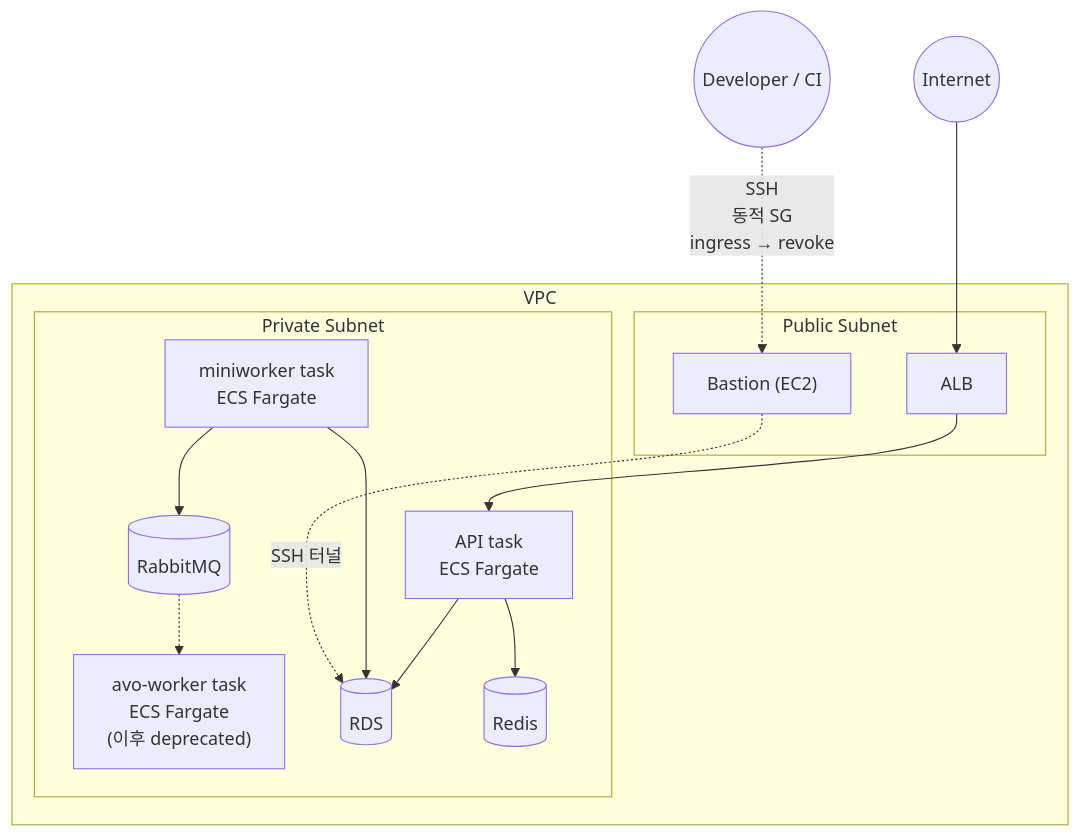
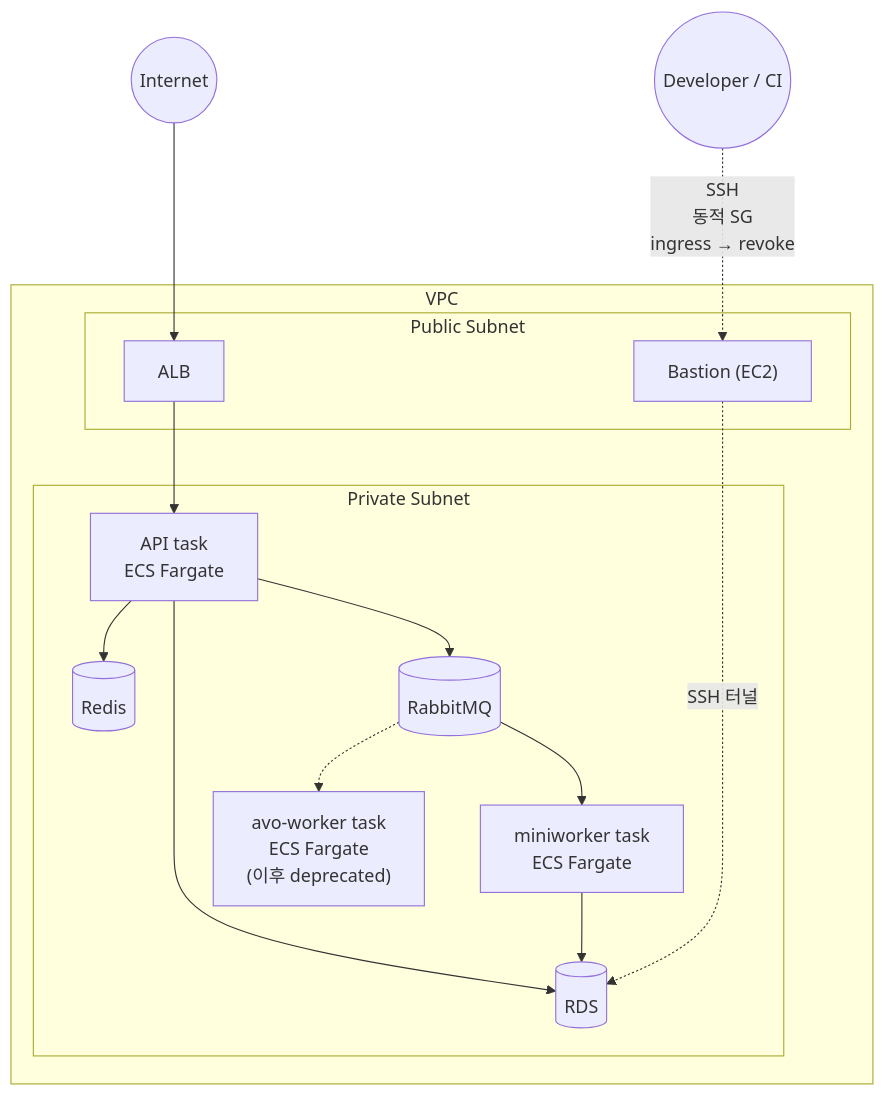
One commit to texasroh/texasroh.github.io changed the sixth of 6 diagrams in _portfolio/portfolio.md. Above: the diagram before and after it, drawn with Mermaid. The commit also changed other lines of this file, not shown here.

Commit message:
docs(portfolio): unify diagram naming and fix worker flow
- 3.2: rename "module-evaluator" → "Module Evaluator" (Title Case consistency with EHR Data Processor)
- 4.2 After: fix MQ flow direction — API → MQ → Mini / Worker (was incorrectly "Mini → MQ")

````diff
--- a/_portfolio/portfolio.md
+++ b/_portfolio/portfolio.md
@@ -233,26 +233,27 @@
 ```mermaid
 flowchart TB
     Internet((Internet)) --> ALB
     Dev((Developer / CI)) -.->|"SSH<br/>동적 SG<br/>ingress → revoke"| Bastion
     subgraph VPC ["VPC"]
         subgraph Pub ["Public Subnet"]
             ALB[ALB]
             Bastion["Bastion (EC2)"]
         end
         subgraph Priv ["Private Subnet"]
             API["API task<br/>ECS Fargate"]
             Mini["miniworker task<br/>ECS Fargate"]
             Worker["avo-worker task<br/>ECS Fargate<br/>(이후 deprecated)"]
             RDS[(RDS)]
             Redis[(Redis)]
             MQ[("RabbitMQ")]
         end
     end
     ALB --> API
+    API --> MQ
+    MQ --> Mini
+    MQ -.-> Worker
     API --> RDS
     Mini --> RDS
     API --> Redis
-    Mini --> MQ
-    MQ -.-> Worker
     Bastion -.->|SSH 터널| RDS
 ```
````
